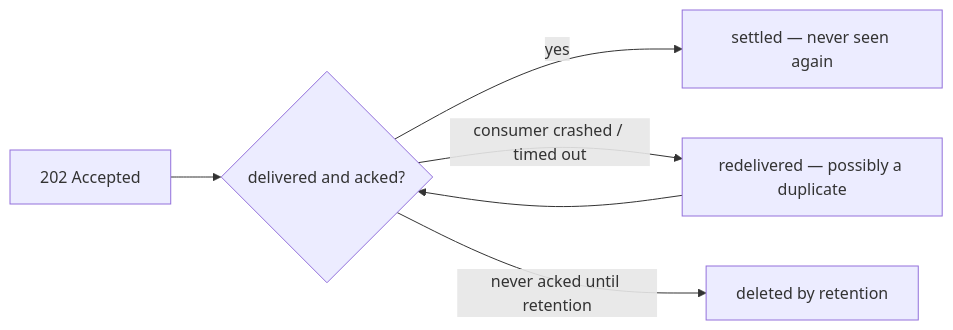
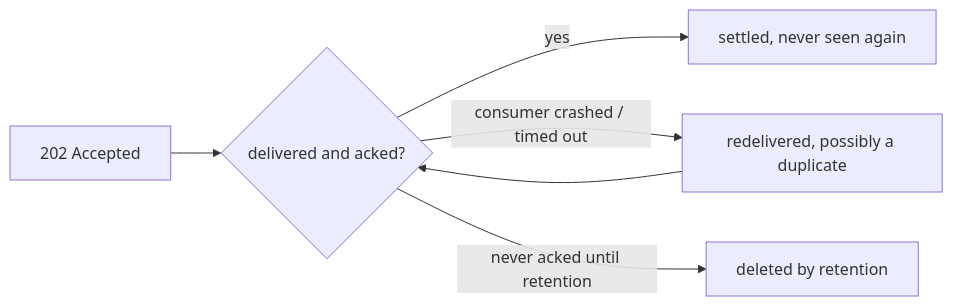
One commit to DebanganThakuria/narad changed the first of 2 diagrams in docs/client/guarantees-and-errors.md. Above: the diagram before and after it, drawn with Mermaid. The commit also changed other lines of this file and 26 other files, not shown here.

````diff
--- a/docs/client/guarantees-and-errors.md
+++ b/docs/client/guarantees-and-errors.md
@@ -9,8 +9,8 @@
 ```mermaid
 flowchart LR
     A["202 Accepted"] --> B{delivered and acked?}
-    B -->|yes| C[settled — never seen again]
-    B -->|"consumer crashed / timed out"| D[redelivered — possibly a duplicate]
+    B -->|yes| C[settled, never seen again]
+    B -->|"consumer crashed / timed out"| D[redelivered, possibly a duplicate]
     D --> B
     B -->|"never acked until retention"| E[deleted by retention]
 ```
````
